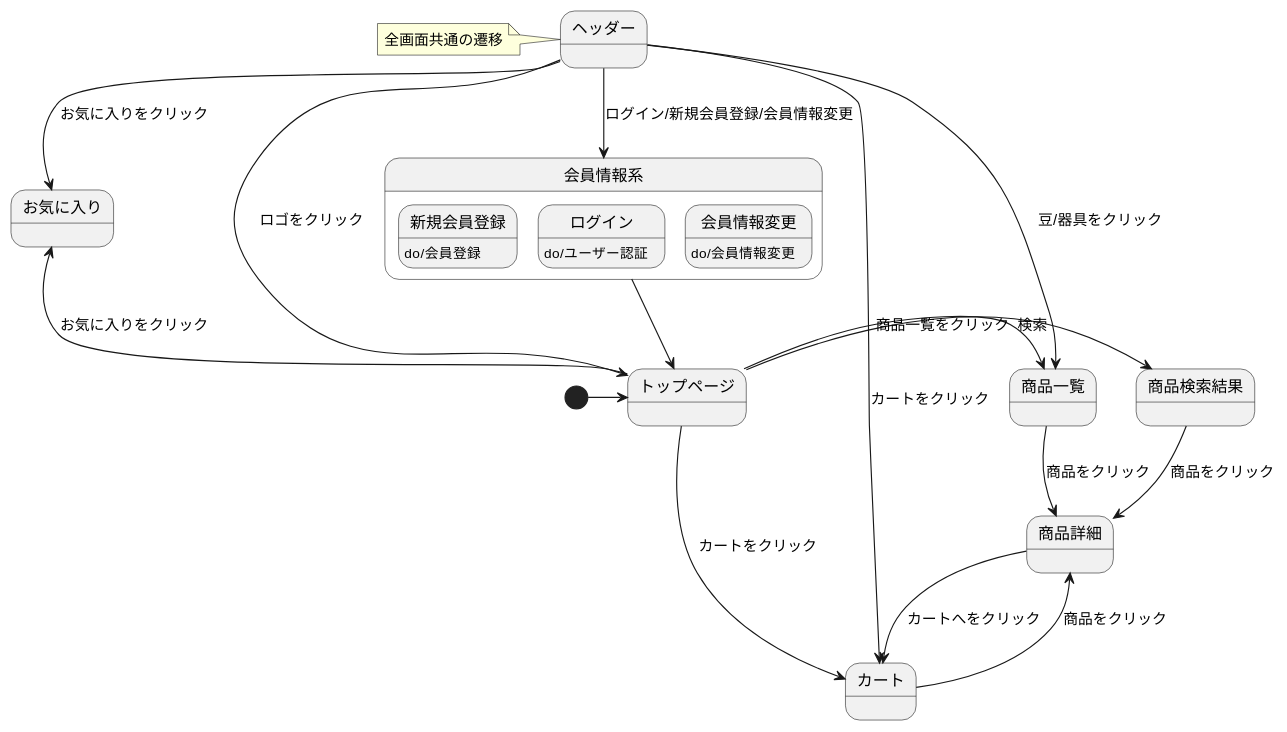
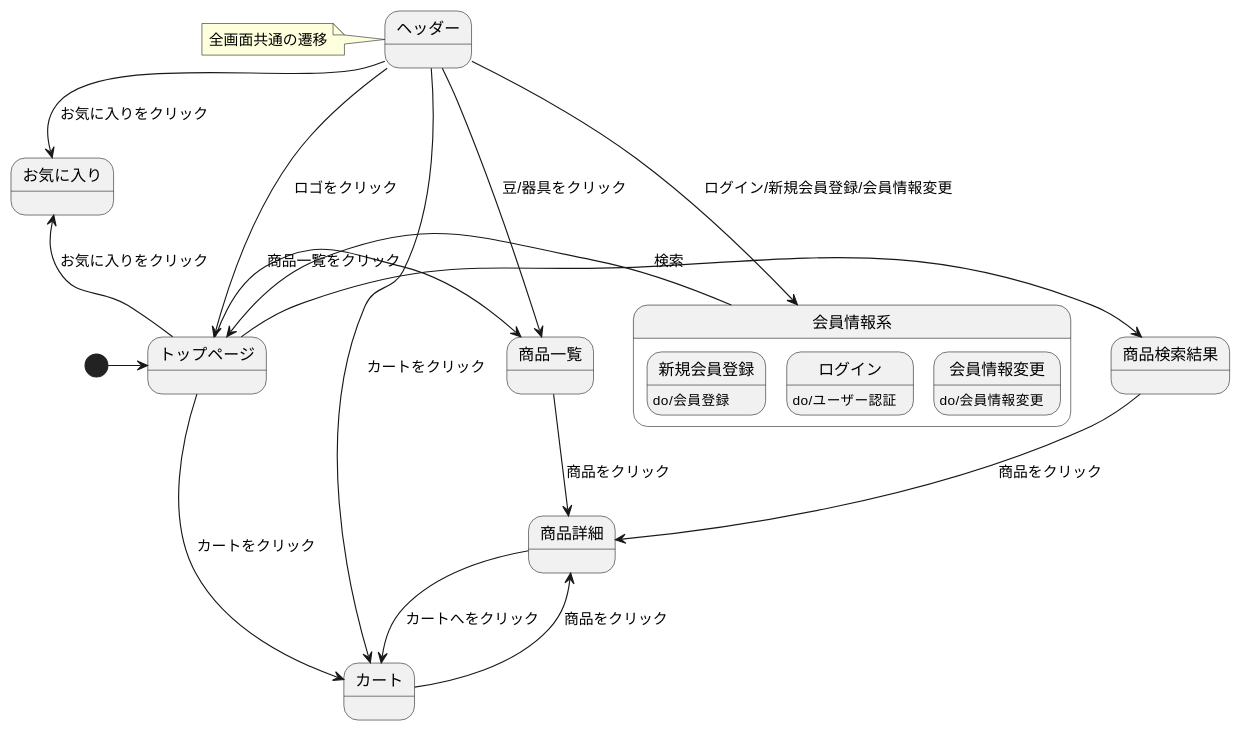
The diagram in 03_画面遷移図/stm_03.md (Aso2101122/coffeeEC), drawn with PlantUML before and after one commit.

````diff
--- a/03_画面遷移図/stm_03.md
+++ b/03_画面遷移図/stm_03.md
@@ -2,31 +2,31 @@
 ```uml
 @startuml
 [*]->トップページ
 トップページ->商品検索結果: 検索
 トップページ-right->商品一覧: 商品一覧をクリック
 商品一覧->商品詳細: 商品をクリック
 商品検索結果-down->商品詳細: 商品をクリック
 商品詳細-->カート: カートへをクリック
 トップページ--up>お気に入り: お気に入りをクリック
 トップページ-->カート: カートをクリック
 カート->商品詳細: 商品をクリック
 
 state ヘッダー{
 }
 note left of ヘッダー: 全画面共通の遷移
 
 
 ヘッダー-down->トップページ: ロゴをクリック
 ヘッダー-down->商品一覧: 豆/器具をクリック
 ヘッダー-down->会員情報系: ログイン/新規会員登録/会員情報変更
 ヘッダー-down->お気に入り: お気に入りをクリック
 ヘッダー-down->カート: カートをクリック
 
 state 会員情報系{
 新規会員登録 : do/会員登録
 ログイン : do/ユーザー認証
 会員情報変更 : do/会員情報変更
 }
-会員情報系-down->トップページ
+会員情報系-left->トップページ
 @enduml
 ```
````
